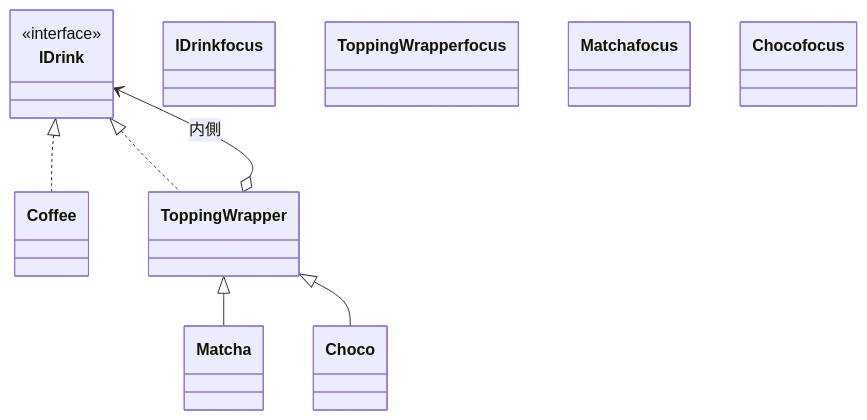
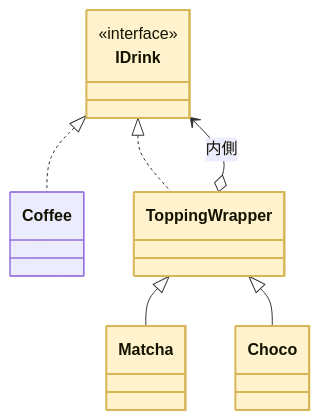
One commit to kumachan1101-pixel/DesignPattern changed the seventh of 16 diagrams in kindle/design-patterns/output/chapter06.md. Above: the diagram before and after it, drawn with Mermaid. The commit also changed other lines of this file and 15 other files, not shown here.

First line of the commit message:
全章classDiagram: phantom浮きクラスを生む着色構文 class X focus を :::focus へ修正（103箇所）

````diff
--- a/kindle/design-patterns/output/chapter06.md
+++ b/kindle/design-patterns/output/chapter06.md
@@ -1074,18 +1074,18 @@
 ```mermaid
 classDiagram
     class IDrink { <<interface>> }
     class Coffee
     class ToppingWrapper
     class Matcha
     class Choco
     IDrink <|.. Coffee
     IDrink <|.. ToppingWrapper
     ToppingWrapper o--> IDrink : 内側
     ToppingWrapper <|-- Matcha
     ToppingWrapper <|-- Choco
-    class IDrink focus
-    class ToppingWrapper focus
-    class Matcha focus
-    class Choco focus
+    class IDrink:::focus
+    class ToppingWrapper:::focus
+    class Matcha:::focus
+    class Choco:::focus
     classDef focus fill:#FFF2CC,stroke:#D6B656,stroke-width:2px
 ```
````
